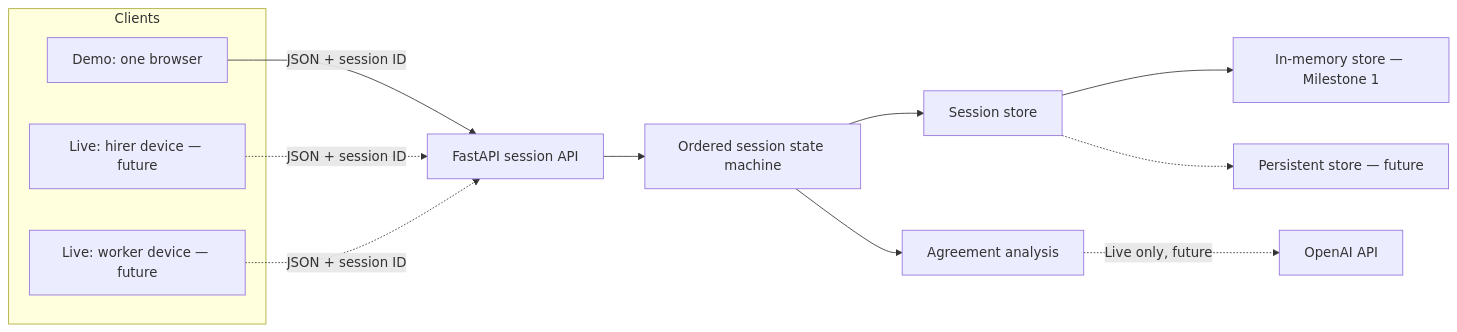
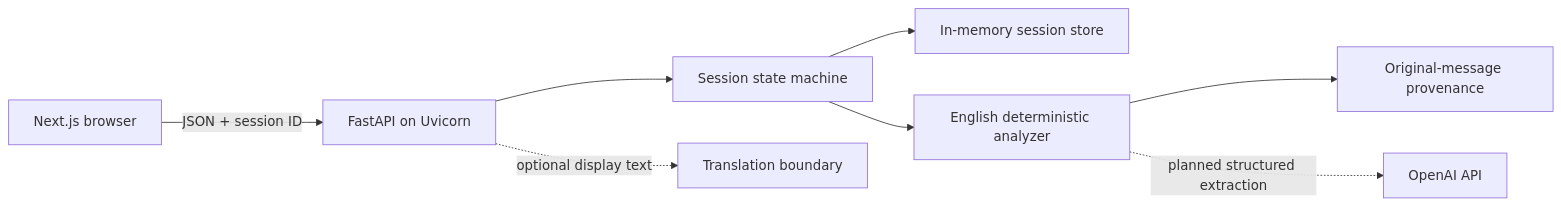
Before and after one commit to SarangMarkandey/meaning-sync: the diagram in docs/architecture.md, drawn with Mermaid. The commit also changed other lines of this file and 27 other files, not shown here.

Commit message:
feat: move demo language selection into setup flow

````diff
--- a/docs/architecture.md
+++ b/docs/architecture.md
@@ -9,17 +7,10 @@
 ```mermaid
 flowchart LR
-  subgraph Clients
-    D[Demo: one browser]
-    H[Live: hirer device — future]
-    W[Live: worker device — future]
-  end
-  D -->|JSON + session ID| API[FastAPI session API]
-  H -.->|JSON + session ID| API
-  W -.->|JSON + session ID| API
-  API --> SM[Ordered session state machine]
-  SM --> STORE[Session store]
-  SM --> ENGINE[Agreement analysis]
-  ENGINE -.->|Live only, future| OAI[OpenAI API]
-  STORE --> DEMO[In-memory store — Milestone 1]
-  STORE -.-> PERSIST[Persistent store — future]
+  B[Next.js browser] -->|JSON + session ID| API[FastAPI on Uvicorn]
+  API --> SM[Session state machine]
+  SM --> MEM[In-memory session store]
+  SM --> DET[English deterministic analyzer]
+  DET --> PROV[Original-message provenance]
+  API -. optional display text .-> TR[Translation boundary]
+  DET -. planned structured extraction .-> OAI[OpenAI API]
 ```
````
